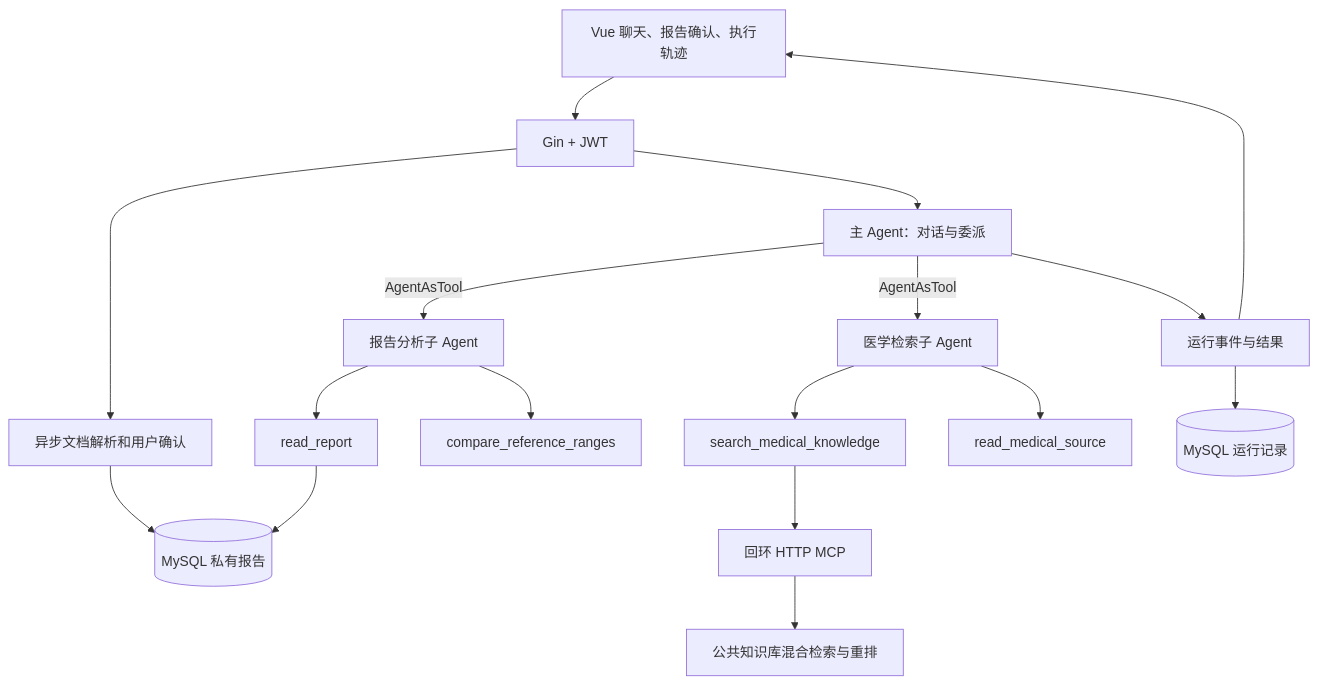
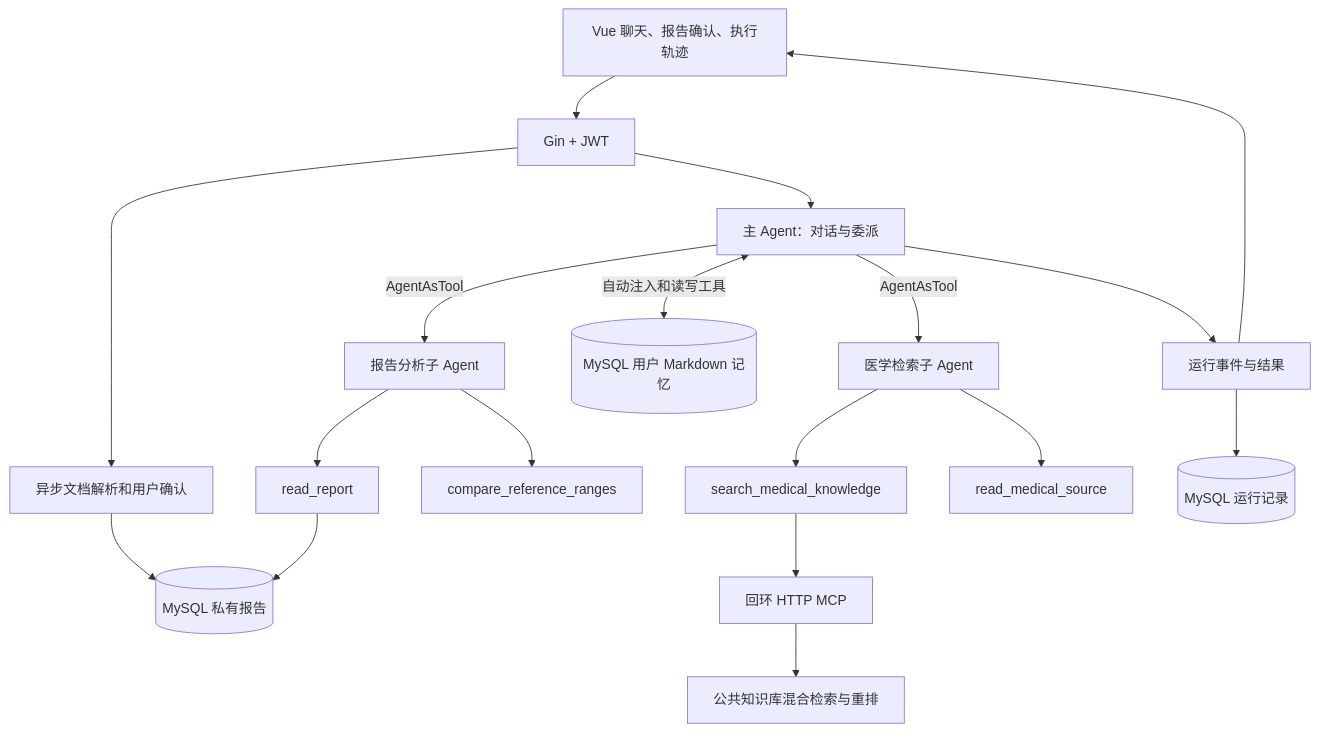
The diagram in docs/medical/README.md (sunyan1024/MedicalAgent-Go), drawn with Mermaid before and after one commit. The commit also changed other lines of this file and 25 other files, not shown here.

````diff
--- a/docs/medical/README.md
+++ b/docs/medical/README.md
@@ -17,19 +17,20 @@
 ```mermaid
 flowchart TD
     UI[Vue 聊天、报告确认、执行轨迹] --> API[Gin + JWT]
     API --> REPORT[异步文档解析和用户确认]
     REPORT --> DB[(MySQL 私有报告)]
     API --> MAIN[主 Agent：对话与委派]
     MAIN -->|AgentAsTool| RA[报告分析子 Agent]
     MAIN -->|AgentAsTool| MA[医学检索子 Agent]
     RA --> READ[read_report]
     RA --> CMP[compare_reference_ranges]
     READ --> DB
     MA --> SEARCH[search_medical_knowledge]
     MA --> SOURCE[read_medical_source]
     SEARCH --> MCP[回环 HTTP MCP]
     MCP --> RAG[公共知识库混合检索与重排]
+    MAIN <-->|自动注入和读写工具| MEMORY[(MySQL 用户 Markdown 记忆)]
     MAIN --> TRACE[运行事件与结果]
     TRACE --> UI
     TRACE --> RUNS[(MySQL 运行记录)]
 ```
````
